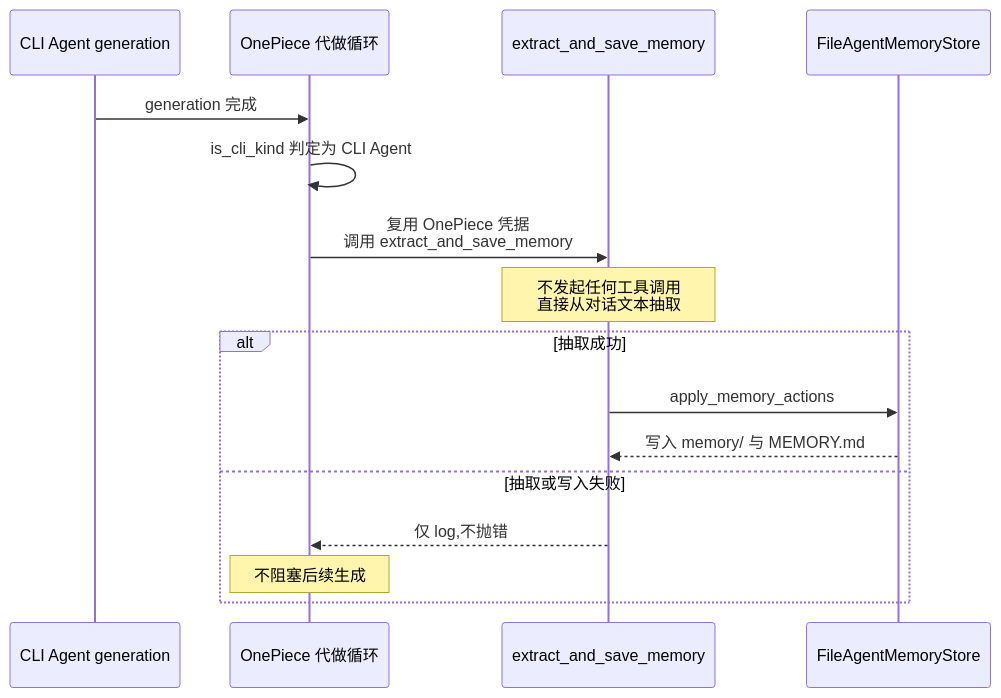
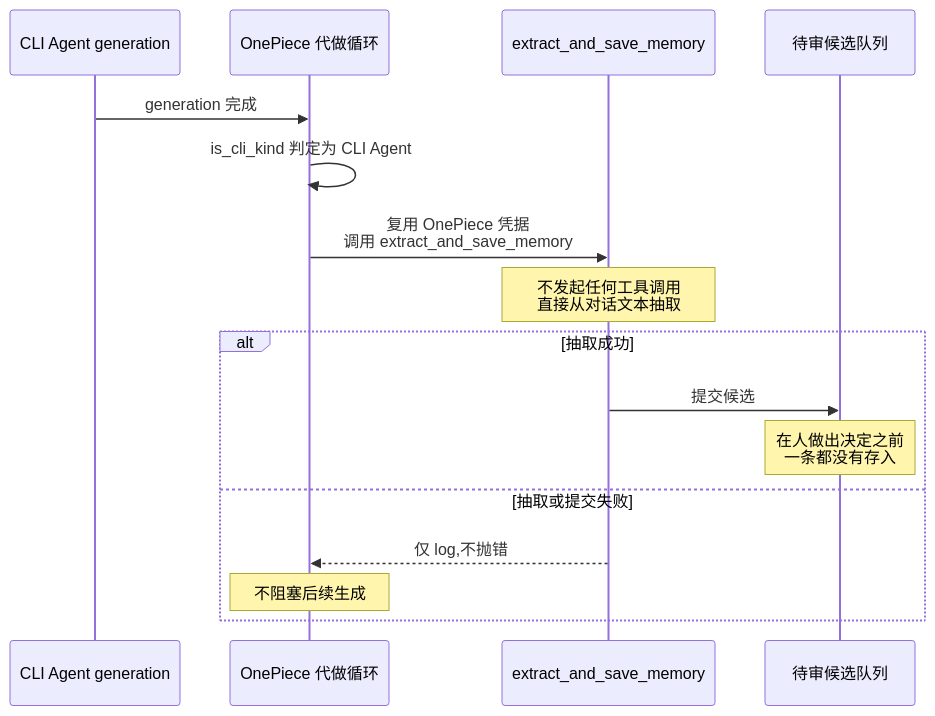
Before and after one commit to cdavid817/vanehub-ai: the second of 2 diagrams in docs/developer-guide/zh-CN/src/cross-session-memory.md, drawn with Mermaid. The commit also changed other lines of this file and 392 other files, not shown here.

````diff
--- a/docs/developer-guide/zh-CN/src/cross-session-memory.md
+++ b/docs/developer-guide/zh-CN/src/cross-session-memory.md
@@ -46,19 +60,19 @@
 ```mermaid
 sequenceDiagram
     participant Gen as CLI Agent generation
     participant OpLoop as OnePiece 代做循环
     participant Extract as extract_and_save_memory
-    participant Store as FileAgentMemoryStore
+    participant Queue as 待审候选队列
 
     Gen->>OpLoop: generation 完成
     OpLoop->>OpLoop: is_cli_kind 判定为 CLI Agent
     OpLoop->>Extract: 复用 OnePiece 凭据<br/>调用 extract_and_save_memory
     Note over Extract: 不发起任何工具调用<br/>直接从对话文本抽取
     alt 抽取成功
-        Extract->>Store: apply_memory_actions
-        Store-->>Extract: 写入 memory/ 与 MEMORY.md
-    else 抽取或写入失败
+        Extract->>Queue: 提交候选
+        Note over Queue: 在人做出决定之前<br/>一条都没有存入
+    else 抽取或提交失败
         Extract-->>OpLoop: 仅 log,不抛错
         Note over OpLoop: 不阻塞后续生成
     end
 ```
````
